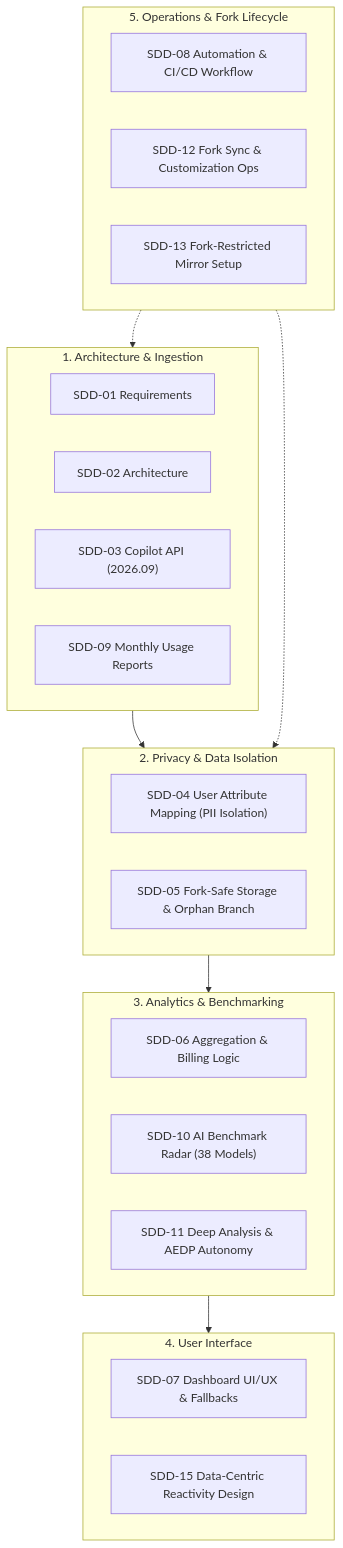
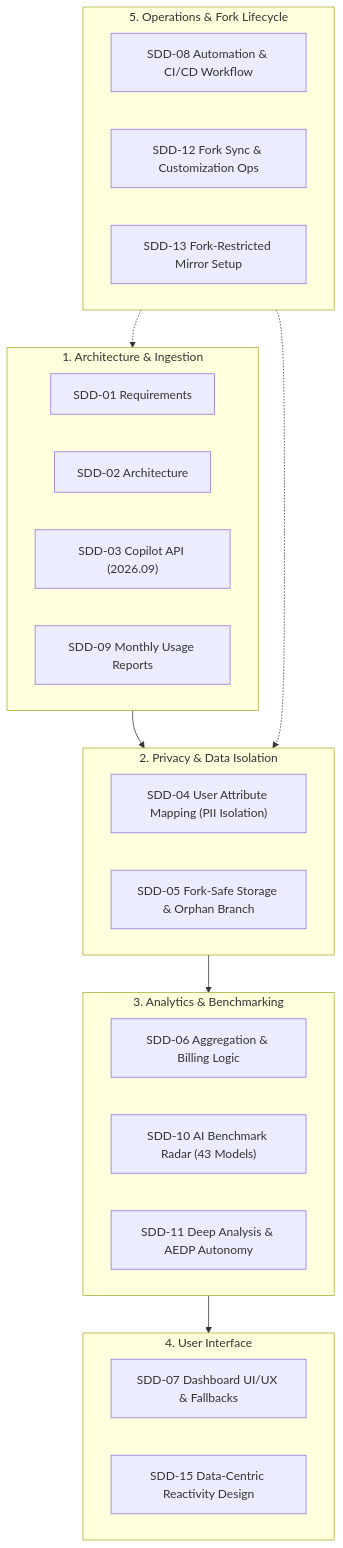
Before and after one commit to sun-flat-yamada/github-copilot-dashboard: the diagram in docs/specifications/README.md, drawn with Mermaid. The commit also changed other lines of this file and 13 other files, not shown here.

First line of the commit message:
feat(radar): add latest Copilot models (GPT-6 Sol, GPT-6 Luna, Claude Opus 5.5, Grok 4.7) (#121)

````diff
--- a/docs/specifications/README.md
+++ b/docs/specifications/README.md
@@ -13,35 +13,35 @@
 ```mermaid
 flowchart TD
     subgraph D1["1. Architecture & Ingestion"]
         S01["SDD-01 Requirements"]
         S02["SDD-02 Architecture"]
         S03["SDD-03 Copilot API (2026.09)"]
         S09["SDD-09 Monthly Usage Reports"]
     end
 
     subgraph D2["2. Privacy & Data Isolation"]
         S04["SDD-04 User Attribute Mapping (PII Isolation)"]
         S05["SDD-05 Fork-Safe Storage & Orphan Branch"]
     end
 
     subgraph D3["3. Analytics & Benchmarking"]
         S06["SDD-06 Aggregation & Billing Logic"]
-        S10["SDD-10 AI Benchmark Radar (38 Models)"]
+        S10["SDD-10 AI Benchmark Radar (43 Models)"]
         S11["SDD-11 Deep Analysis & AEDP Autonomy"]
     end
 
     subgraph D4["4. User Interface"]
         S07["SDD-07 Dashboard UI/UX & Fallbacks"]
         S15["SDD-15 Data-Centric Reactivity Design"]
     end
 
     subgraph D5["5. Operations & Fork Lifecycle"]
         S08["SDD-08 Automation & CI/CD Workflow"]
         S12["SDD-12 Fork Sync & Customization Ops"]
         S13["SDD-13 Fork-Restricted Mirror Setup"]
     end
 
     D1 --> D2 --> D3 --> D4
     D5 -.-> D1
     D5 -.-> D2
 ```
````
